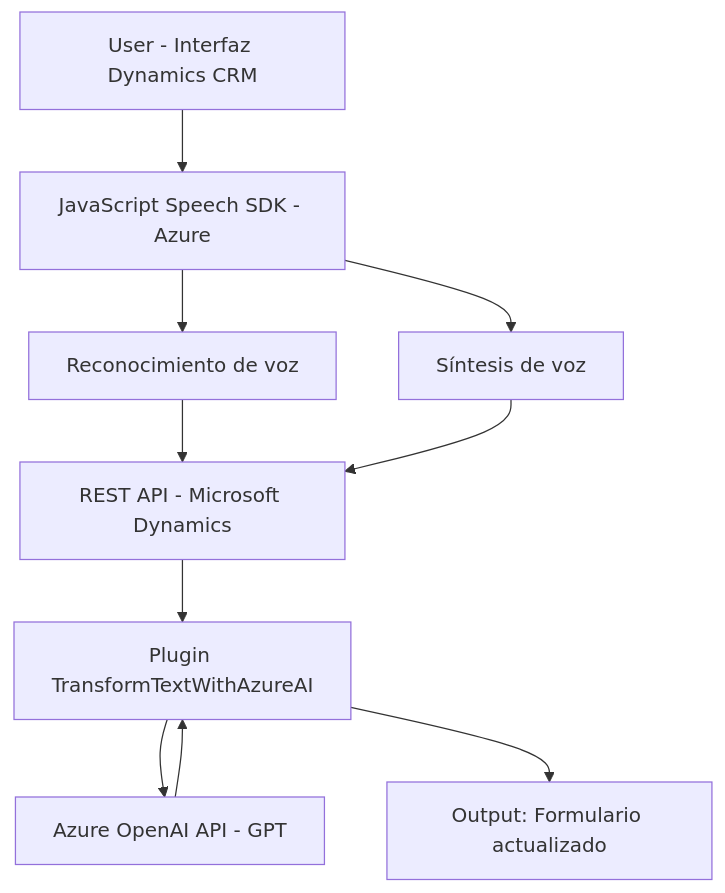
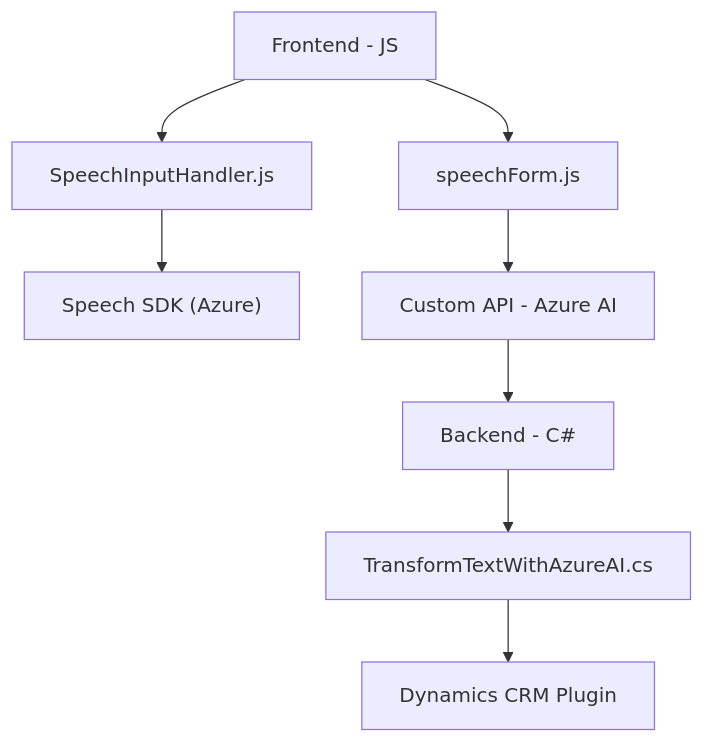
One commit to blopezdm/NETCORE_BILBAO2025 changed the diagram in README.md. Above: the diagram before and after it, drawn with Mermaid. The commit also changed other lines of this file, not shown here.

````diff
--- a/README.md
+++ b/README.md
@@ -24,21 +30,19 @@
 ```mermaid
 graph TD
-  A["User - Interfaz Dynamics CRM"]
-  B["JavaScript Speech SDK - Azure"]
-  C["Reconocimiento de voz"]
-  D["Síntesis de voz"]
-  E["REST API - Microsoft Dynamics"]
-  F["Plugin TransformTextWithAzureAI"]
-  G["Azure OpenAI API - GPT"]
-  H["Output: Formulario actualizado"]
+    A["Frontend - JS"]
+    B["SpeechInputHandler.js"]
+    C["Speech SDK (Azure)"]
+    D["speechForm.js"]
+    E["Custom API - Azure AI"]
+    F["Backend - C#"]
+    G["TransformTextWithAzureAI.cs"]
+    H["Dynamics CRM Plugin"]
 
-  A --> B
-  B --> C
-  B --> D
-  C --> E
-  D --> E
-  E --> F
-  F --> G
-  G --> F
-  F --> H
+    A --> B
+    B --> C
+    A --> D
+    D --> E
+    E --> F
+    F --> G
+    G --> H
 ```
````
